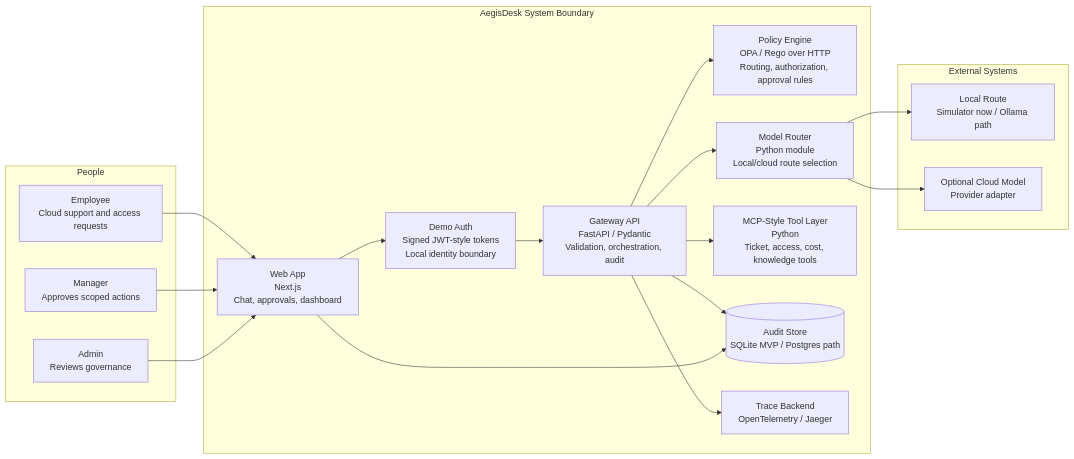
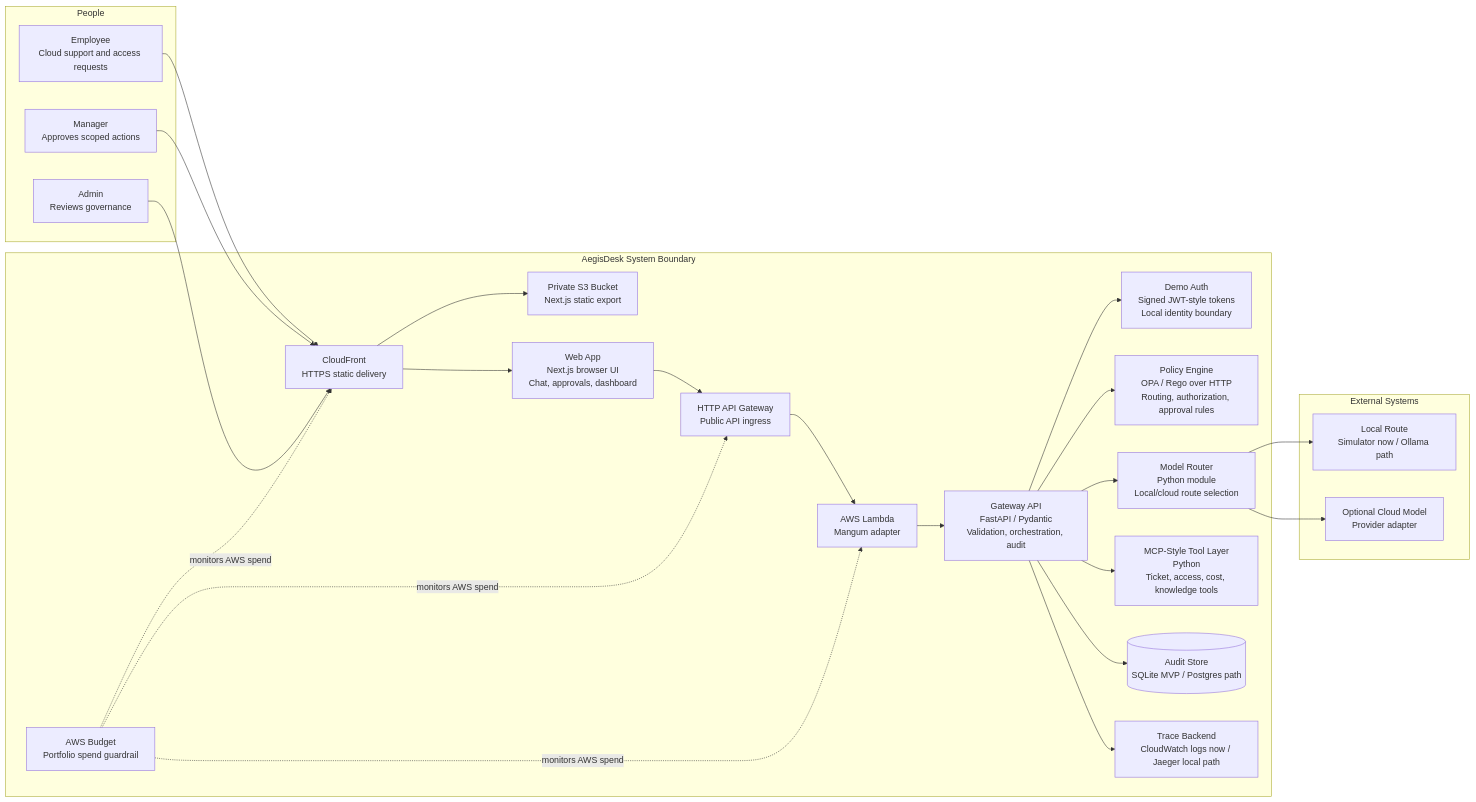
One commit to manynames3/aegisdesk-cloudops-control-plane changed the diagram in docs/architecture.md. Above: the diagram before and after it, drawn with Mermaid. The commit also changed other lines of this file and 25 other files, not shown here.

Commit message:
feat: deploy low-cost AWS portfolio demo

````diff
--- a/docs/architecture.md
+++ b/docs/architecture.md
@@ -7,38 +7,49 @@
 ```mermaid
 flowchart LR
     subgraph People["People"]
         Employee["Employee<br/>Cloud support and access requests"]
         Manager["Manager<br/>Approves scoped actions"]
         Admin["Admin<br/>Reviews governance"]
     end
 
     subgraph AegisDesk["AegisDesk System Boundary"]
-        Web["Web App<br/>Next.js<br/>Chat, approvals, dashboard"]
+        CDN["CloudFront<br/>HTTPS static delivery"]
+        Static["Private S3 Bucket<br/>Next.js static export"]
+        Web["Web App<br/>Next.js browser UI<br/>Chat, approvals, dashboard"]
+        APIGW["HTTP API Gateway<br/>Public API ingress"]
+        Lambda["AWS Lambda<br/>Mangum adapter"]
         Auth["Demo Auth<br/>Signed JWT-style tokens<br/>Local identity boundary"]
         API["Gateway API<br/>FastAPI / Pydantic<br/>Validation, orchestration, audit"]
         Policy["Policy Engine<br/>OPA / Rego over HTTP<br/>Routing, authorization, approval rules"]
         Router["Model Router<br/>Python module<br/>Local/cloud route selection"]
         Tools["MCP-Style Tool Layer<br/>Python<br/>Ticket, access, cost, knowledge tools"]
         Audit[("Audit Store<br/>SQLite MVP / Postgres path")]
-        Trace["Trace Backend<br/>OpenTelemetry / Jaeger"]
+        Trace["Trace Backend<br/>CloudWatch logs now / Jaeger local path"]
+        Budget["AWS Budget<br/>Portfolio spend guardrail"]
     end
 
     subgraph External["External Systems"]
         LocalModel["Local Route<br/>Simulator now / Ollama path"]
         CloudModel["Optional Cloud Model<br/>Provider adapter"]
     end
 
-    Employee --> Web
-    Manager --> Web
-    Admin --> Web
-    Web --> Auth
-    Auth --> API
+    Employee --> CDN
+    Manager --> CDN
+    Admin --> CDN
+    CDN --> Static
+    CDN --> Web
+    Web --> APIGW
+    APIGW --> Lambda
+    Lambda --> API
+    API --> Auth
     API --> Policy
     API --> Router
     Router --> LocalModel
     Router --> CloudModel
     API --> Tools
     API --> Audit
     API --> Trace
-    Web --> Audit
+    Budget -.->|monitors AWS spend| CDN
+    Budget -.->|monitors AWS spend| APIGW
+    Budget -.->|monitors AWS spend| Lambda
 ```
````
